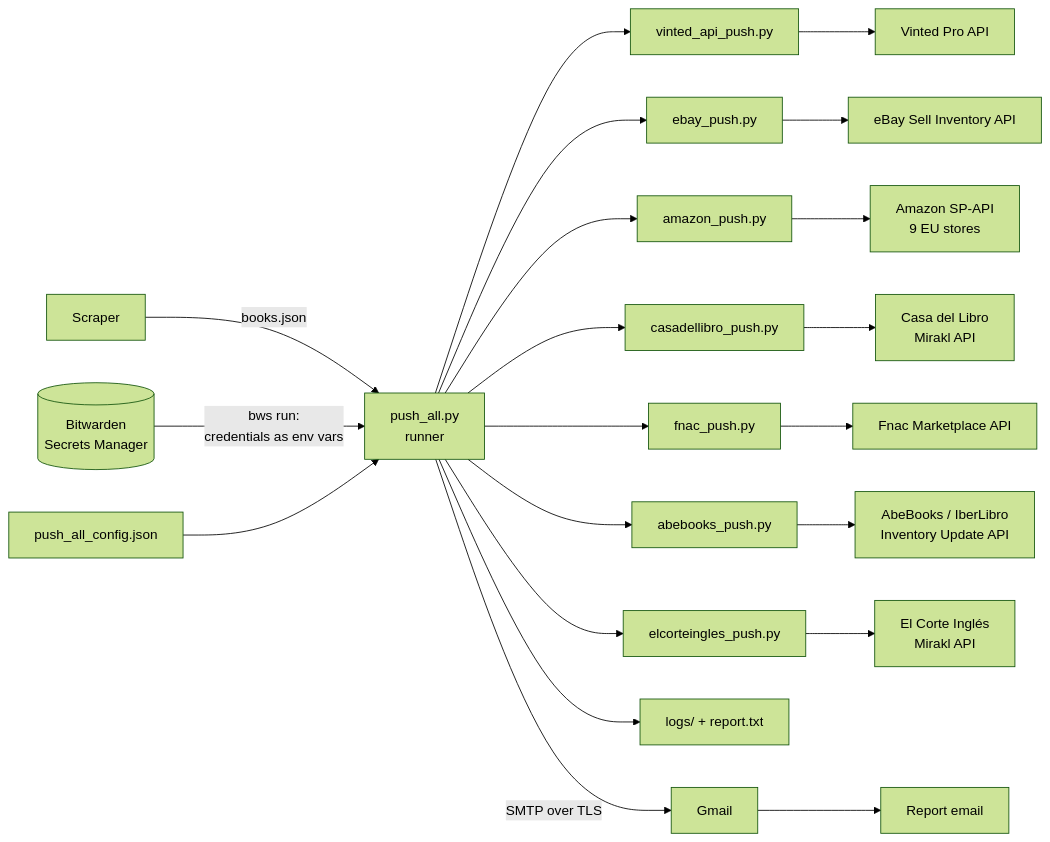
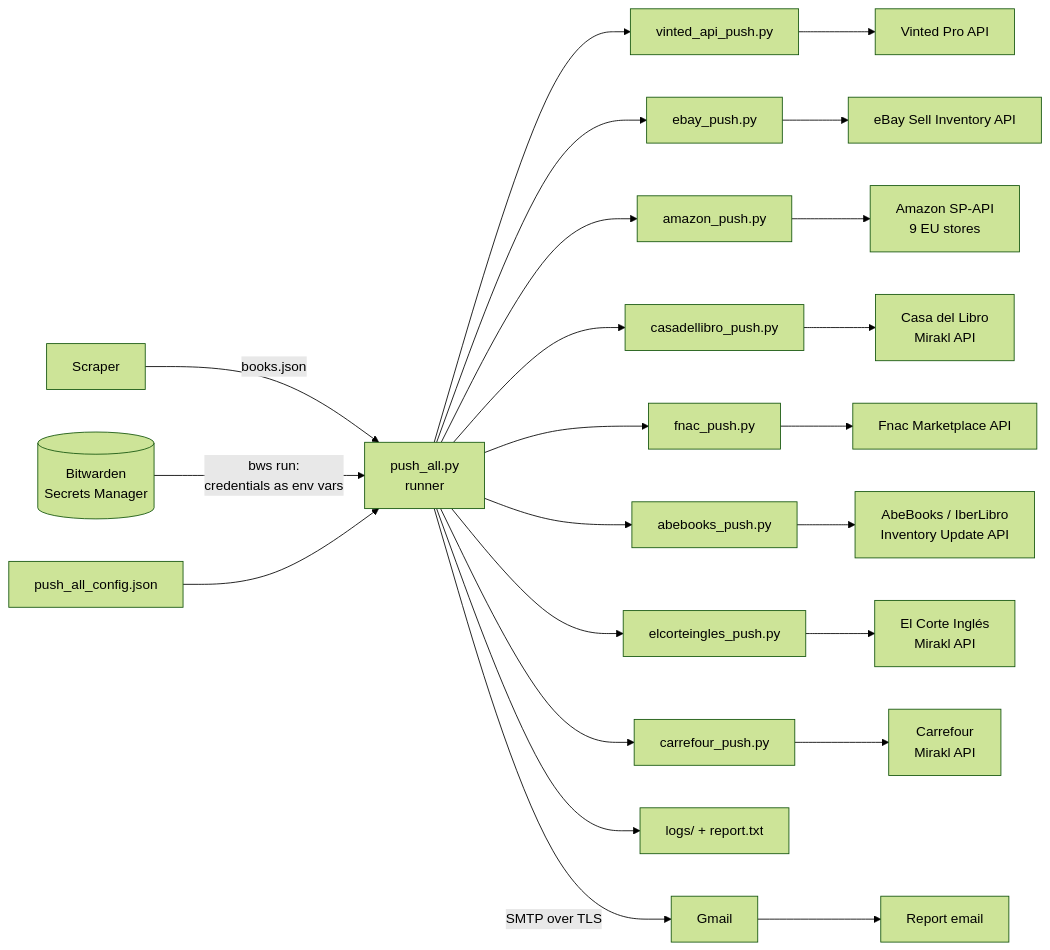
The diagram in docs/architecture.md (DavisGalla/products-api-push), drawn with Mermaid (forest theme) before and after one commit. The commit also changed other lines of this file and 10 other files, not shown here.

Commit message:
Add Carrefour (Mirakl) pusher; include it in push_all, docs and architecture PDF

````diff
--- a/docs/architecture.md
+++ b/docs/architecture.md
@@ -29,15 +29,16 @@
 ```mermaid
 flowchart LR
     S[Scraper] -->|books.json| R
     BW[(Bitwarden<br>Secrets Manager)] -->|bws run:<br>credentials as env vars| R
     C[push_all_config.json] --> R
     R[push_all.py<br>runner] --> V[vinted_api_push.py] --> VA[Vinted Pro API]
     R --> E[ebay_push.py] --> EA[eBay Sell Inventory API]
     R --> A[amazon_push.py] --> AA[Amazon SP-API<br>9 EU stores]
     R --> CL[casadellibro_push.py] --> CLA[Casa del Libro<br>Mirakl API]
     R --> F[fnac_push.py] --> FA[Fnac Marketplace API]
     R --> AB[abebooks_push.py] --> ABA[AbeBooks / IberLibro<br>Inventory Update API]
     R --> EC[elcorteingles_push.py] --> ECA[El Corte Inglés<br>Mirakl API]
+    R --> CF[carrefour_push.py] --> CFA[Carrefour<br>Mirakl API]
     R --> L[logs/ + report.txt]
     R -->|SMTP over TLS| G[Gmail] --> M[Report email]
 ```
````
